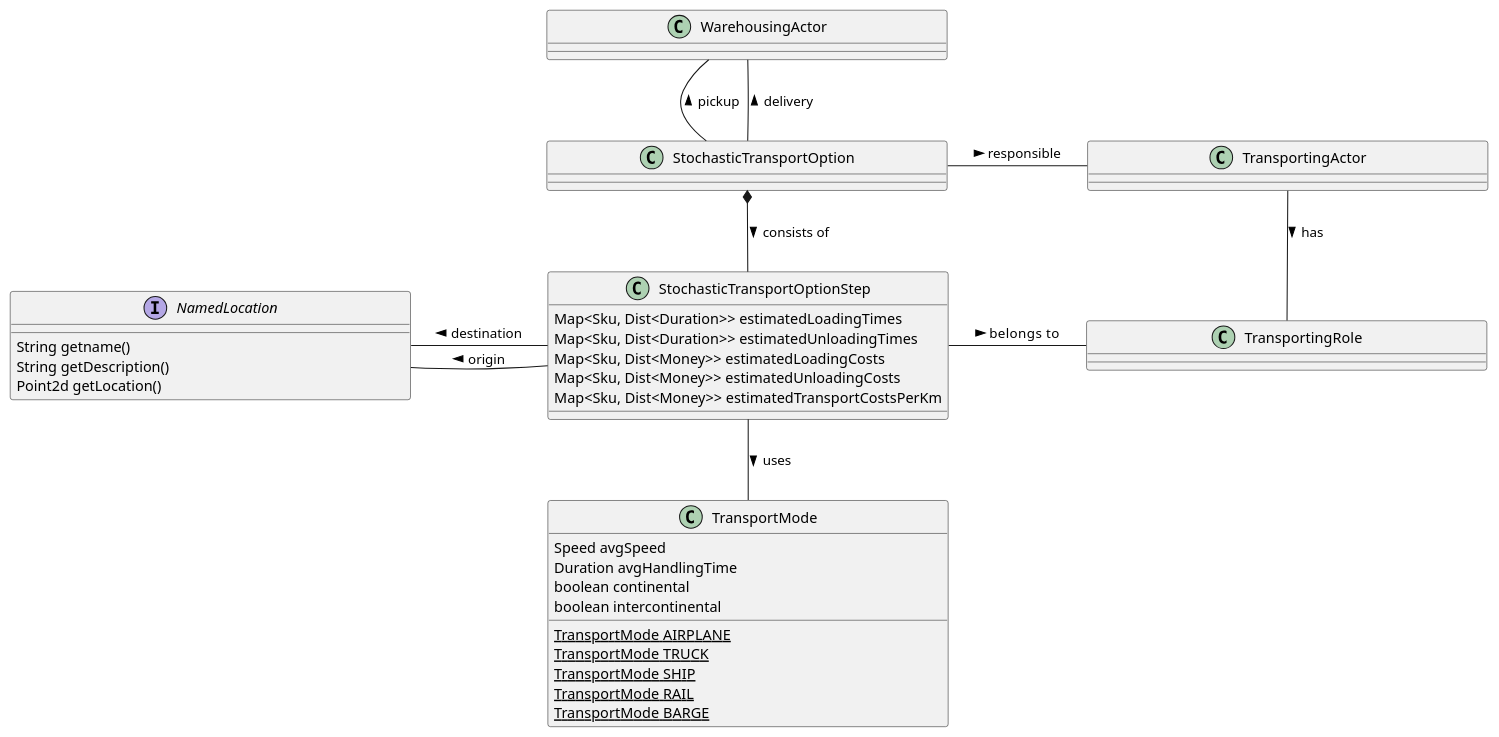
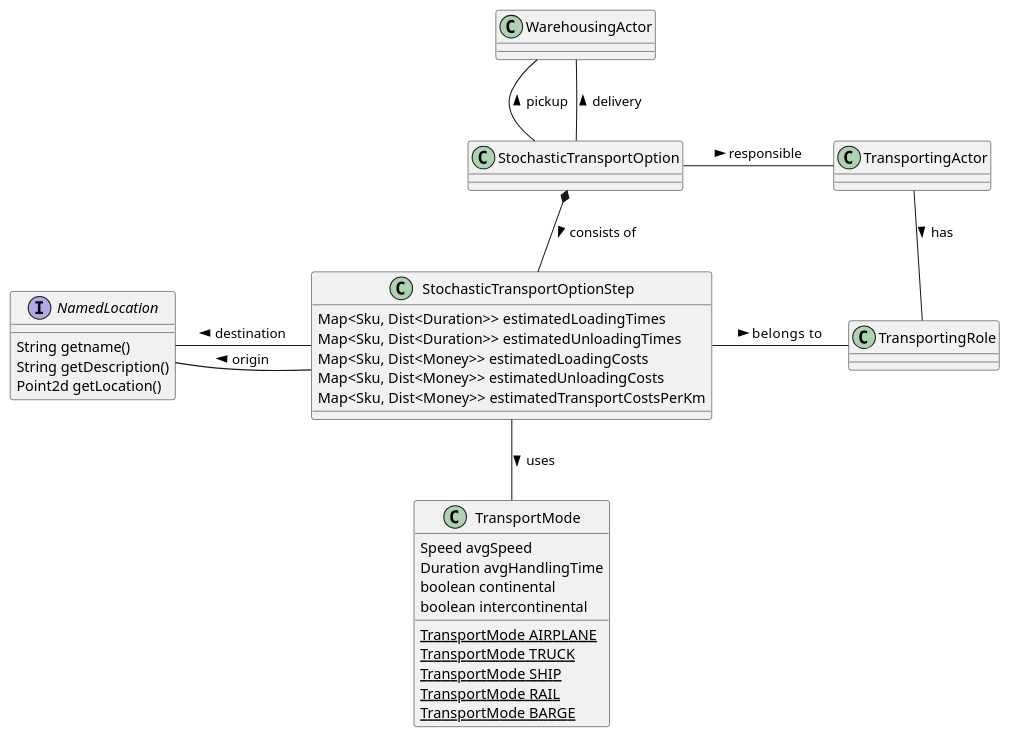
The diagram in doc/5-components/diagrams/stochastic-transport-option-classes.puml (averbraeck/gscg-design), drawn with PlantUML before and after one commit.

Commit message:
Bit smaller diagram for readability

```diff
--- a/doc/5-components/diagrams/stochastic-transport-option-classes.puml
+++ b/doc/5-components/diagrams/stochastic-transport-option-classes.puml
@@ -1,55 +1,55 @@
 @startuml
 
 skinparam nodesep 50
-skinparam SameClassWidth true
+skinparam SameClassWidth false
 
 interface NamedLocation {
   String getname()
   String getDescription()
   Point2d getLocation()
 }
 
 class StochasticTransportOption {
 }
 
 class StochasticTransportOptionStep {
   Map<Sku, Dist<Duration>> estimatedLoadingTimes
   Map<Sku, Dist<Duration>> estimatedUnloadingTimes
   Map<Sku, Dist<Money>> estimatedLoadingCosts
   Map<Sku, Dist<Money>> estimatedUnloadingCosts
   Map<Sku, Dist<Money>> estimatedTransportCostsPerKm
 }
 
 class WarehousingActor {
 }
 
 class TransportingActor {
 }
 
 class TransportingRole {
 }
 
 class TransportMode {
   Speed avgSpeed
   Duration avgHandlingTime
   boolean continental
   boolean intercontinental
   ___
   TransportMode AIRPLANE {static}
   TransportMode TRUCK {static}
   TransportMode SHIP {static}
   TransportMode RAIL{static}
   TransportMode BARGE {static}
 }
 
 StochasticTransportOption -u- WarehousingActor : > pickup
 StochasticTransportOption -u- WarehousingActor : > delivery
 StochasticTransportOption -r- TransportingActor : > responsible
 StochasticTransportOption *-d- StochasticTransportOptionStep : > consists of
 StochasticTransportOptionStep -l- NamedLocation : > origin
 StochasticTransportOptionStep -l- NamedLocation : > destination
 StochasticTransportOptionStep  -d- TransportMode : > uses
 StochasticTransportOptionStep  -r- TransportingRole : > belongs  to
 TransportingActor -- TransportingRole : > has
 
 @enduml
```
